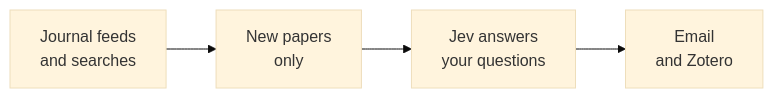
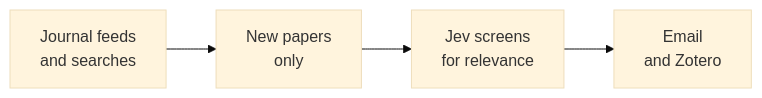
One commit to LaineyLouiseWard/paper-round changed the diagram in README.md. Above: the diagram before and after it, drawn with Mermaid (base theme). The commit also changed other lines of this file, not shown here.

Commit message:
Say Jev screens for relevance

````diff
--- a/README.md
+++ b/README.md
@@ -15,6 +15,6 @@
 ```mermaid
 flowchart LR
   A[Journal feeds<br/>and searches] --> B[New papers<br/>only]
-  B --> C[Jev answers<br/>your questions]
+  B --> C[Jev screens<br/>for relevance]
   C --> D[Email<br/>and Zotero]
 ```
````
